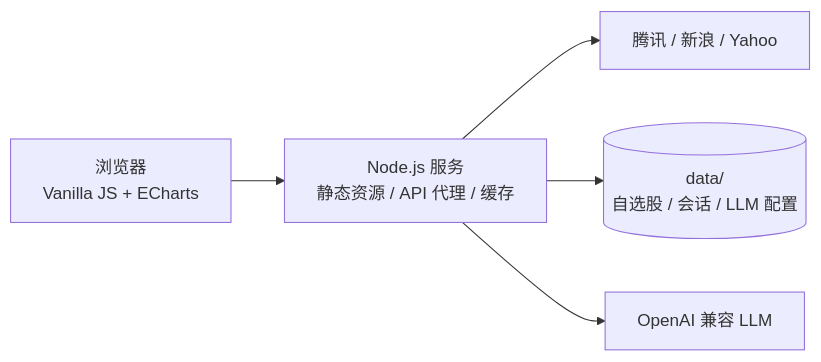
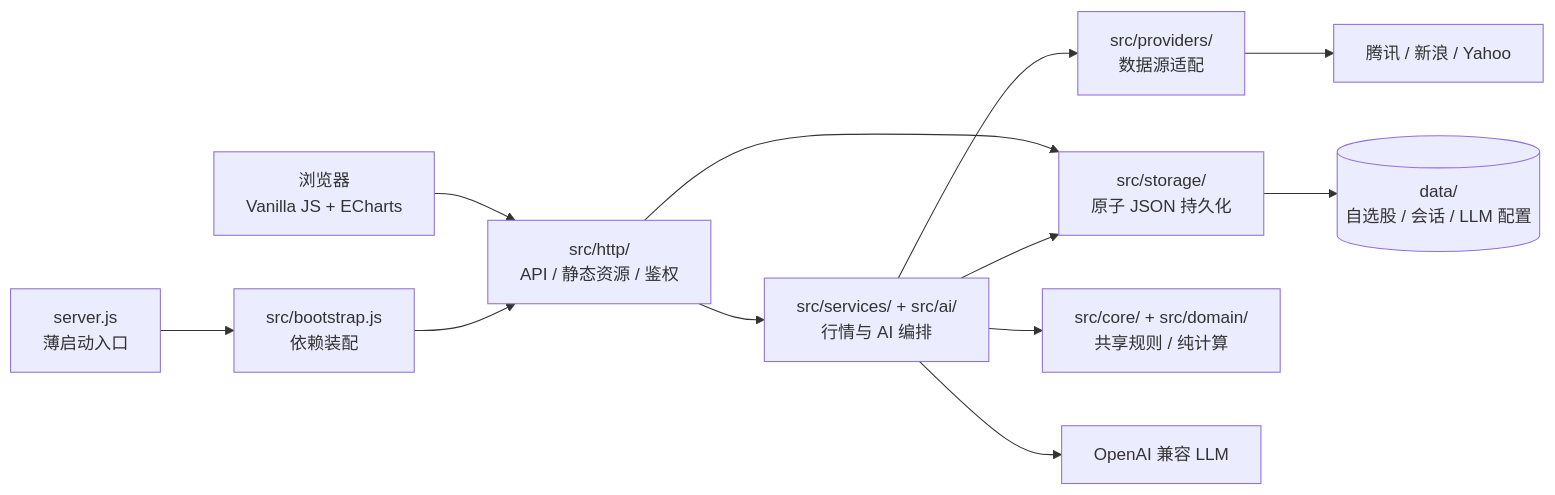
The diagram in README.md (cytwyatt/stock-dashboard), drawn with Mermaid before and after one commit. The commit also changed other lines of this file and 47 other files, not shown here.

Commit message:
refactor: modularize market server

````diff
--- a/README.md
+++ b/README.md
@@ -120,7 +120,12 @@
 ```mermaid
 flowchart LR
-  UI["浏览器<br/>Vanilla JS + ECharts"] --> API["Node.js 服务<br/>静态资源 / API 代理 / 缓存"]
-  API --> Market["腾讯 / 新浪 / Yahoo"]
-  API --> Data[("data/<br/>自选股 / 会话 / LLM 配置")]
-  API --> LLM["OpenAI 兼容 LLM"]
+  Entry["server.js<br/>薄启动入口"] --> Boot["src/bootstrap.js<br/>依赖装配"]
+  Boot --> HTTP["src/http/<br/>API / 静态资源 / 鉴权"]
+  UI["浏览器<br/>Vanilla JS + ECharts"] --> HTTP
+  HTTP --> App["src/services/ + src/ai/<br/>行情与 AI 编排"]
+  App --> Provider["src/providers/<br/>数据源适配"] --> Market["腾讯 / 新浪 / Yahoo"]
+  App --> Storage["src/storage/<br/>原子 JSON 持久化"] --> Data[("data/<br/>自选股 / 会话 / LLM 配置")]
+  HTTP --> Storage
+  App --> Logic["src/core/ + src/domain/<br/>共享规则 / 纯计算"]
+  App --> LLM["OpenAI 兼容 LLM"]
 ```
````
